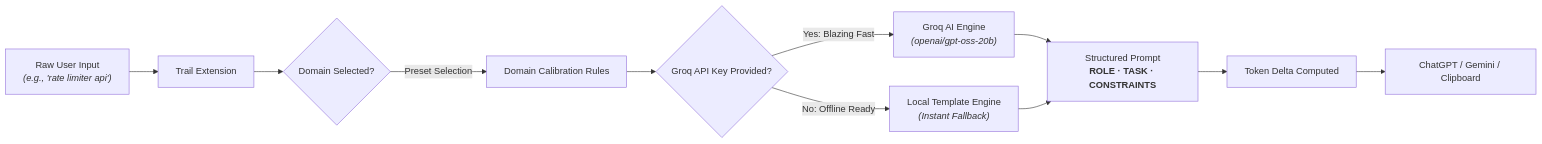
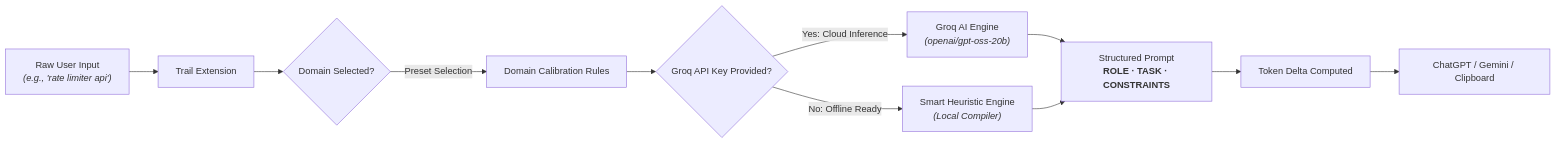
The diagram in README.md (Bethuel369/Trail-extension), drawn with Mermaid before and after one commit. The commit also changed other lines of this file and 5 other files, not shown here.

````diff
--- a/README.md
+++ b/README.md
@@ -79,13 +82,13 @@
 ```mermaid
 flowchart LR
     A["Raw User Input<br/><i>(e.g., 'rate limiter api')</i>"] --> B["Trail Extension"]
     B --> C{"Domain Selected?"}
     C -->|Preset Selection| D["Domain Calibration Rules"]
     D --> E{"Groq API Key Provided?"}
-    E -->|Yes: Blazing Fast| F["Groq AI Engine<br/><i>(openai/gpt-oss-20b)</i>"]
-    E -->|No: Offline Ready| G["Local Template Engine<br/><i>(Instant Fallback)</i>"]
+    E -->|Yes: Cloud Inference| F["Groq AI Engine<br/><i>(openai/gpt-oss-20b)</i>"]
+    E -->|No: Offline Ready| G["Smart Heuristic Engine<br/><i>(Local Compiler)</i>"]
     F --> H["Structured Prompt<br/><b>ROLE · TASK · CONSTRAINTS</b>"]
     G --> H
     H --> I["Token Delta Computed"]
     I --> J["ChatGPT / Gemini / Clipboard"]
 ```
````
